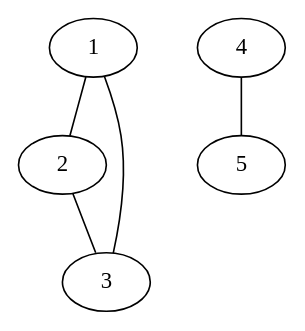
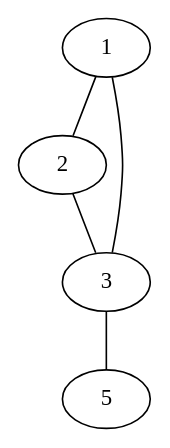
One commit to vitalfocheux/Chinese-Postman-Problem changed the diagram in ressources/disjointGraph.gv. Above: the diagram before and after it, drawn with Graphviz. The commit also changed 3 other files, not shown here.

```diff
--- a/ressources/disjointGraph.gv
+++ b/ressources/disjointGraph.gv
@@ -1,6 +1,6 @@
 graph {
     1 -- 2 [len=1]
     2 -- 3 [len=2]
     3 -- 1 [len=3]
-    4 -- 5 [len=4]
+    3 -- 5 [len=4]
 }
```
